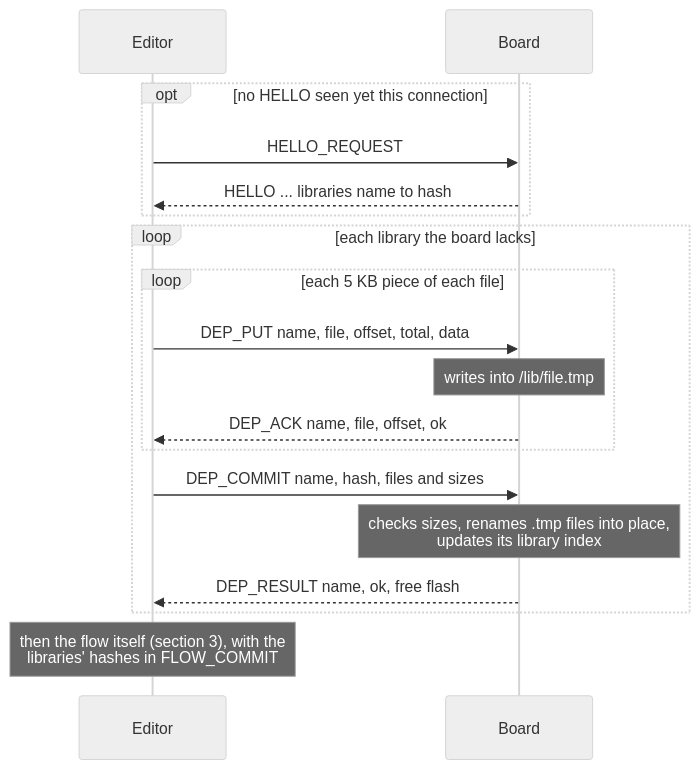
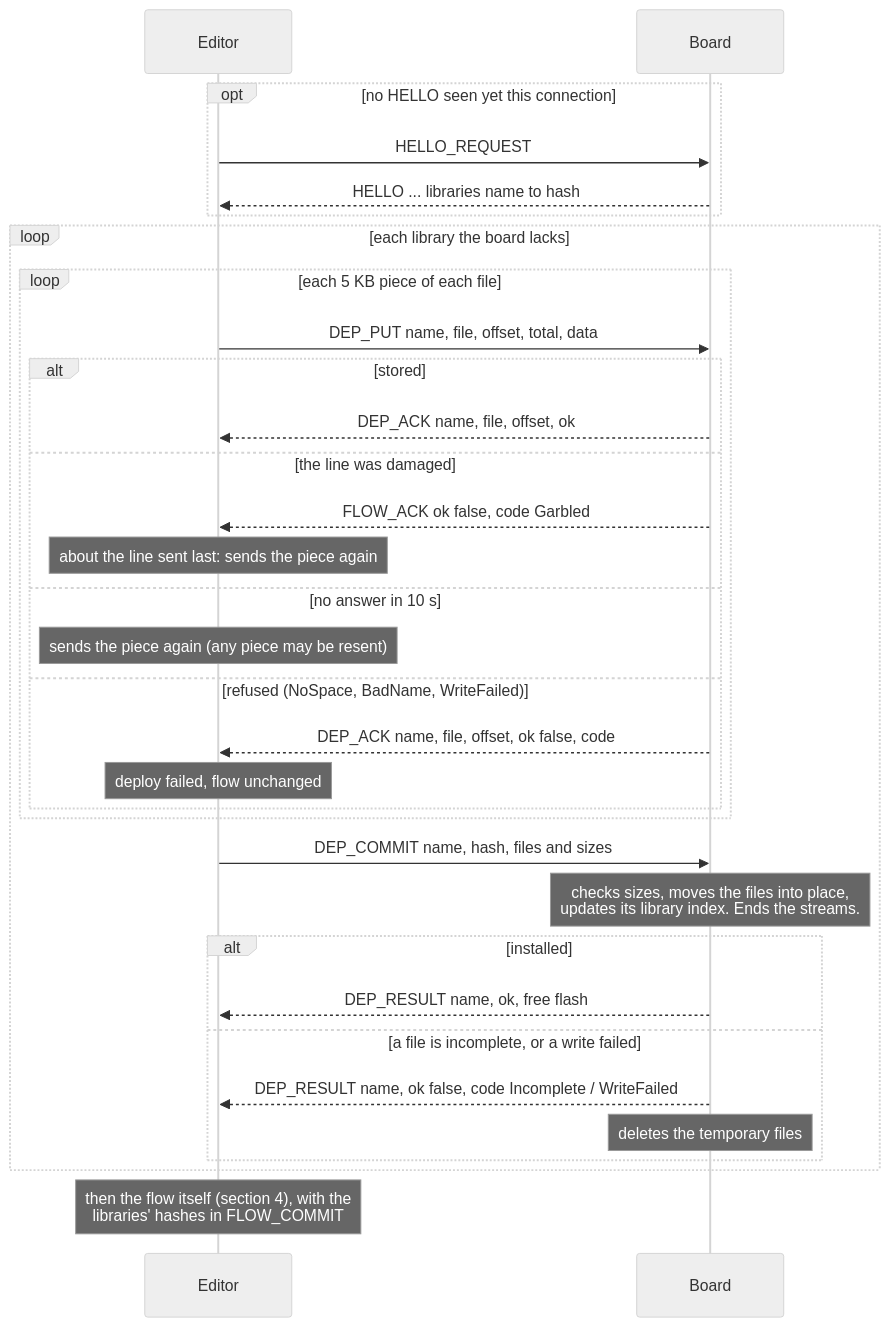
Before and after one commit to mkarliner/ThingStudio: the seventh of 11 diagrams in interfaces/protocol/SEQUENCES.md, drawn with Mermaid (neutral theme). The commit also changed other lines of this file and 8 other files, not shown here.

First line of the commit message:
docs: protocol diagrams, coverage, decisions and follow-up review for SPEC §7

````diff
--- a/interfaces/protocol/SEQUENCES.md
+++ b/interfaces/protocol/SEQUENCES.md
@@ -216,20 +233,34 @@
 ```mermaid
 sequenceDiagram
     participant E as Editor
     participant B as Board
     opt no HELLO seen yet this connection
         E->>B: HELLO_REQUEST
         B-->>E: HELLO ... libraries name to hash
     end
     loop each library the board lacks
         loop each 5 KB piece of each file
             E->>B: DEP_PUT name, file, offset, total, data
-            Note over B: writes into /lib/file.tmp
-            B-->>E: DEP_ACK name, file, offset, ok
+            alt stored
+                B-->>E: DEP_ACK name, file, offset, ok
+            else the line was damaged
+                B-->>E: FLOW_ACK ok false, code Garbled
+                Note over E: about the line sent last: sends the piece again
+            else no answer in 10 s
+                Note over E: sends the piece again (any piece may be resent)
+            else refused (NoSpace, BadName, WriteFailed)
+                B-->>E: DEP_ACK name, file, offset, ok false, code
+                Note over E: deploy failed, flow unchanged
+            end
         end
         E->>B: DEP_COMMIT name, hash, files and sizes
-        Note over B: checks sizes, renames .tmp files into place,<br/>updates its library index
-        B-->>E: DEP_RESULT name, ok, free flash
+        Note over B: checks sizes, moves the files into place,<br/>updates its library index. Ends the streams.
+        alt installed
+            B-->>E: DEP_RESULT name, ok, free flash
+        else a file is incomplete, or a write failed
+            B-->>E: DEP_RESULT name, ok false, code Incomplete / WriteFailed
+            Note over B: deletes the temporary files
+        end
     end
-    Note over E: then the flow itself (section 3), with the<br/>libraries' hashes in FLOW_COMMIT
+    Note over E: then the flow itself (section 4), with the<br/>libraries' hashes in FLOW_COMMIT
 ```
````
